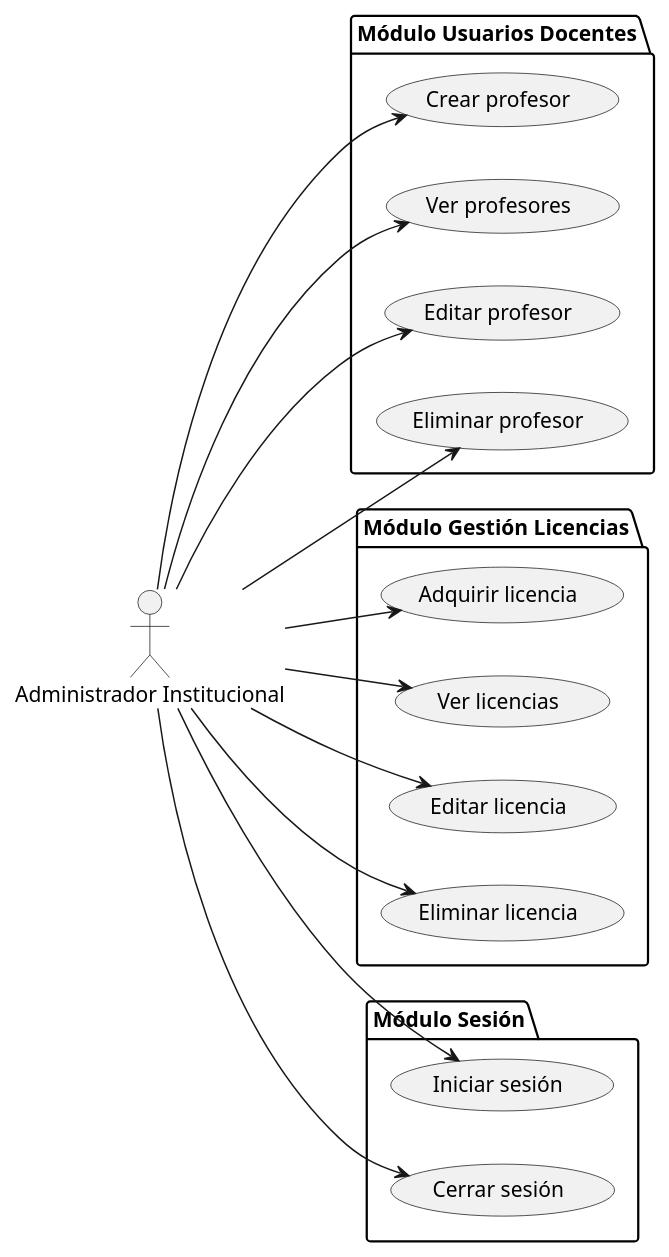
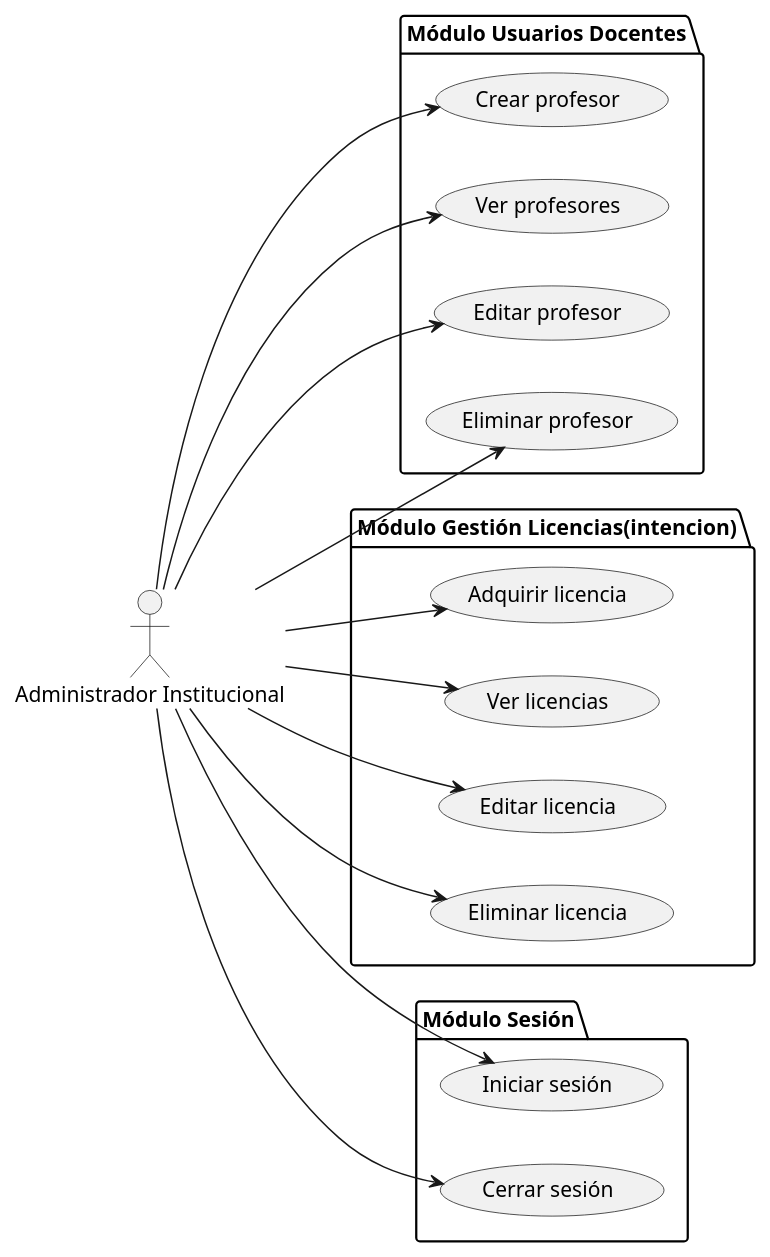
The diagram in documents/casos-de-uso/encontrarActoresYCasosDeUso/actoresYCasosDeUso-administradorInstitucional.puml (martinlopez7/25-26-IdSw1-SdR), drawn with PlantUML before and after one commit. The commit also changed 3 other files, not shown here.

```diff
--- a/documents/casos-de-uso/encontrarActoresYCasosDeUso/actoresYCasosDeUso-administradorInstitucional.puml
+++ b/documents/casos-de-uso/encontrarActoresYCasosDeUso/actoresYCasosDeUso-administradorInstitucional.puml
@@ -1,37 +1,37 @@
 @startuml actoresYCasosDeUso-administradorInstitucional
 
 left to right direction
 
 actor "Administrador Institucional" as admin
 
 package "Módulo Usuarios Docentes" {
   usecase "Crear profesor" as UC32
   usecase "Ver profesores" as UC33
   usecase "Editar profesor" as UC34
   usecase "Eliminar profesor" as UC35
 }
 
-package "Módulo Gestión Licencias" {
+package "Módulo Gestión Licencias(intencion)" {
   usecase "Adquirir licencia" as UC36
   usecase "Ver licencias" as UC37
   usecase "Editar licencia" as UC38
   usecase "Eliminar licencia" as UC39
 }
 
 package "Módulo Sesión" {
   usecase "Iniciar sesión" as UC41
   usecase "Cerrar sesión" as UC42
 }
 
 admin --> UC32
 admin --> UC33
 admin --> UC34
 admin --> UC35
 admin --> UC36
 admin --> UC37
 admin --> UC38
 admin --> UC39
 admin --> UC41
 admin --> UC42
 
 @enduml
```
